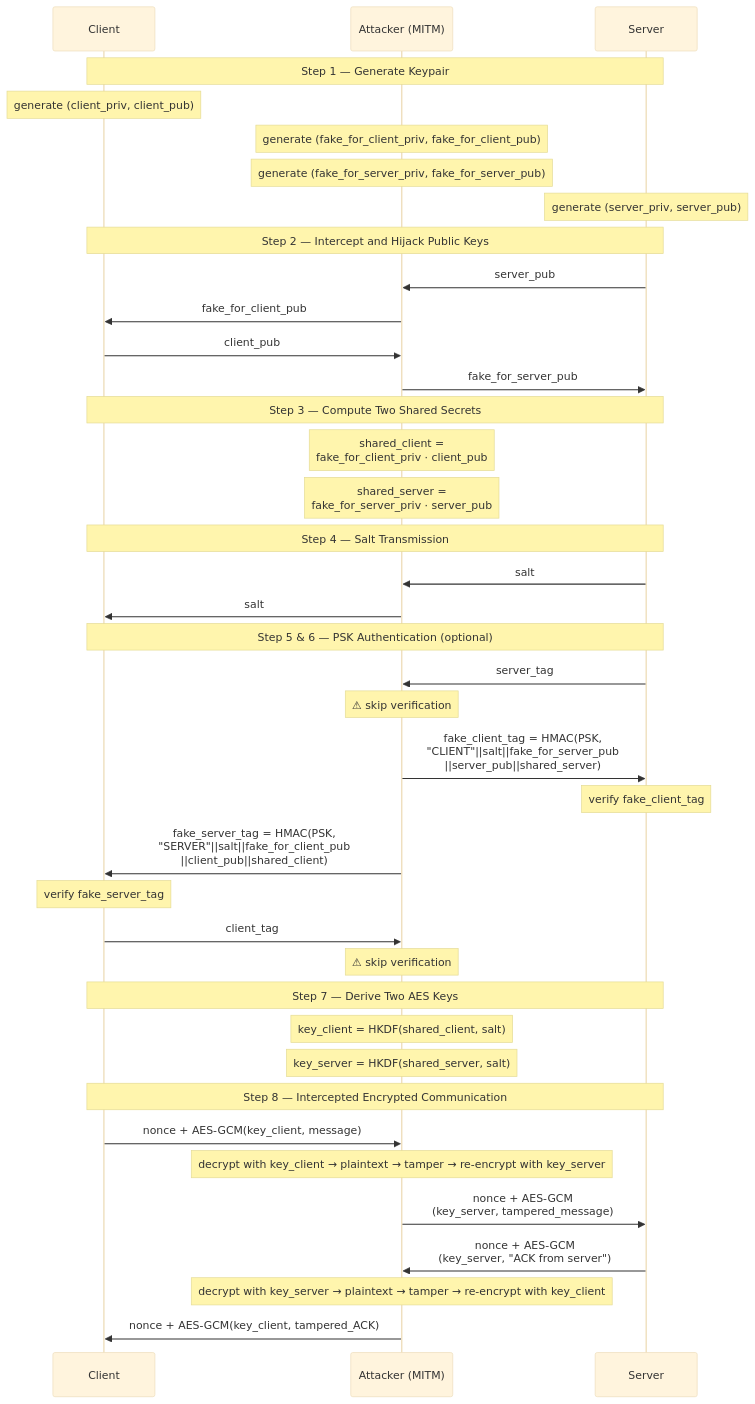
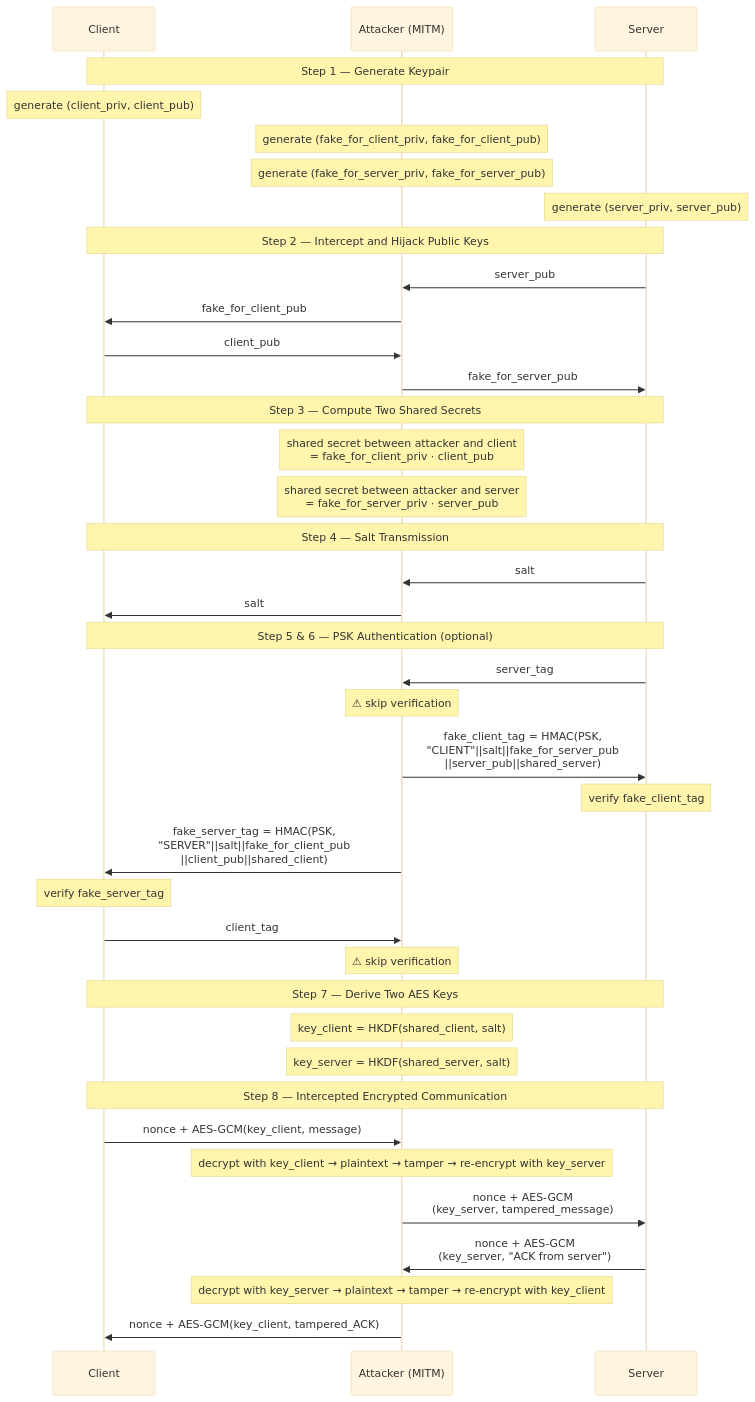
Before and after one commit to hanbo-fan/diffie-hellman-mitm-attack-demo: the second of 3 diagrams in README.md, drawn with Mermaid (base theme). The commit also changed other lines of this file, not shown here.

````diff
--- a/README.md
+++ b/README.md
@@ -51,48 +51,48 @@
 ```mermaid
 sequenceDiagram
     participant C as Client
     participant M as Attacker (MITM)
     participant S as Server
 
     Note over C,S: Step 1 — Generate Keypair
     Note over C: generate (client_priv, client_pub)
     Note over M: generate (fake_for_client_priv, fake_for_client_pub)
     Note over M: generate (fake_for_server_priv, fake_for_server_pub)
     Note over S: generate (server_priv, server_pub)
 
     Note over C,S: Step 2 — Intercept and Hijack Public Keys
     S->>M: server_pub
     M->>C: fake_for_client_pub
     C->>M: client_pub
     M->>S: fake_for_server_pub
 
     Note over C,S: Step 3 — Compute Two Shared Secrets
-    Note over M: shared_client = <br/>fake_for_client_priv · client_pub
-    Note over M: shared_server = <br/>fake_for_server_priv · server_pub
+    Note over M: shared secret between attacker and client<br/> = fake_for_client_priv · client_pub
+    Note over M: shared secret between attacker and server<br/> = fake_for_server_priv · server_pub
 
     Note over C,S: Step 4 — Salt Transmission
     S->>M: salt
     M->>C: salt
 
     Note over C,S: Step 5 & 6 — PSK Authentication (optional)
     S->>M: server_tag
     Note over M: ⚠ skip verification
     M->>S: fake_client_tag = HMAC(PSK, <br/>"CLIENT"||salt||fake_for_server_pub<br/>||server_pub||shared_server)
     Note over S: verify fake_client_tag
     M->>C: fake_server_tag = HMAC(PSK, <br/>"SERVER"||salt||fake_for_client_pub<br/>||client_pub||shared_client)
     Note over C: verify fake_server_tag
     C->>M: client_tag
     Note over M: ⚠ skip verification
 
     Note over C,S: Step 7 — Derive Two AES Keys
     Note over M: key_client = HKDF(shared_client, salt)
     Note over M: key_server = HKDF(shared_server, salt)
 
     Note over C,S: Step 8 — Intercepted Encrypted Communication
     C->>M: nonce + AES-GCM(key_client, message)
     Note over M: decrypt with key_client → plaintext → tamper → re-encrypt with key_server
     M->>S: nonce + AES-GCM<br/>(key_server, tampered_message)
     S->>M: nonce + AES-GCM<br/>(key_server, "ACK from server")
     Note over M: decrypt with key_server → plaintext → tamper → re-encrypt with key_client
     M->>C: nonce + AES-GCM(key_client, tampered_ACK)
 ```
````
